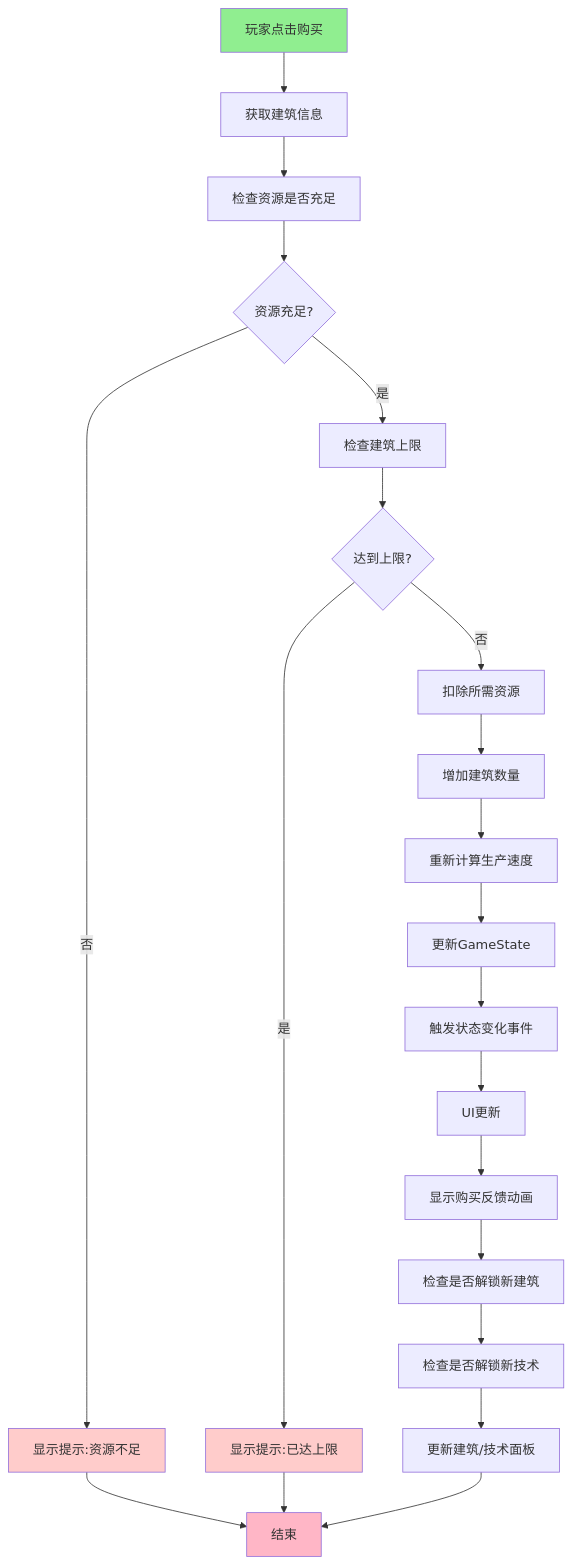
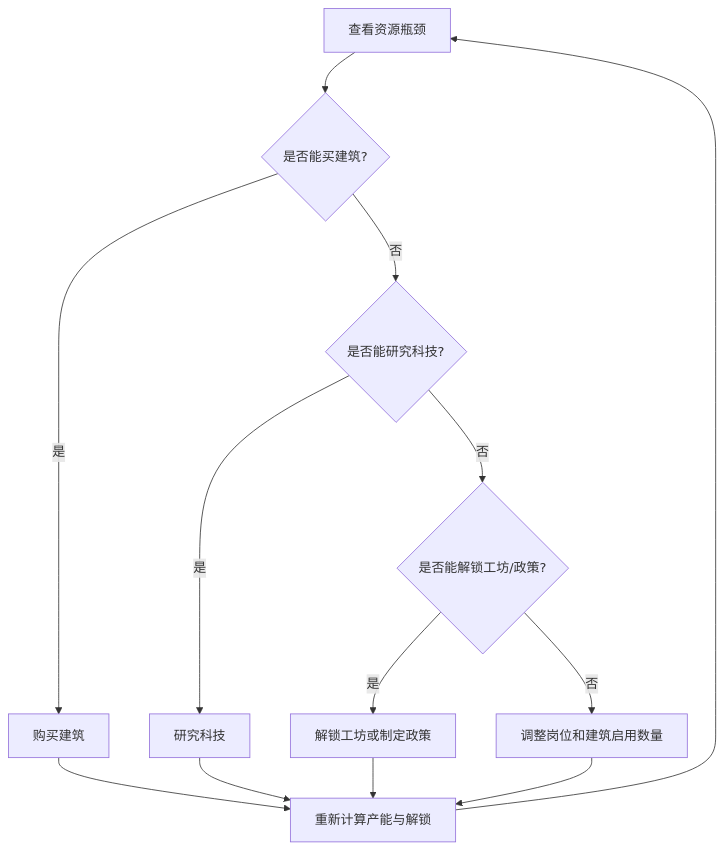
Diagram 12 of 13 in docs/02_系统建模报告.md (kaito387/puppies-game), drawn with Mermaid before and after one commit. The commit also changed other lines of this file and 7 other files, not shown here.

````diff
--- a/docs/02_系统建模报告.md
+++ b/docs/02_系统建模报告.md
@@ -437,33 +341,15 @@
 ```mermaid
-graph TD
-    A["玩家点击购买"] --> B["获取建筑信息"]
-    B --> C["检查资源是否充足"]
-
-    C --> D{"资源充足?"}
-    D -->|否| E["显示提示:资源不足"]
-    D -->|是| F["检查建筑上限"]
-
-    E --> Z["结束"]
-
-    F --> G{"达到上限?"}
-    G -->|是| H["显示提示:已达上限"]
-    G -->|否| I["扣除所需资源"]
-
-    H --> Z
-
-    I --> J["增加建筑数量"]
-    J --> K["重新计算生产速度"]
-    K --> L["更新GameState"]
-    L --> M["触发状态变化事件"]
-    M --> N["UI更新"]
-    N --> O["显示购买反馈动画"]
-    O --> P["检查是否解锁新建筑"]
-    P --> Q["检查是否解锁新技术"]
-    Q --> R["更新建筑/技术面板"]
-    R --> Z
-
-    style A fill:#90ee90
-    style Z fill:#ffb6c6
-    style E fill:#ffcccb
-    style H fill:#ffcccb
+flowchart TD
+  A["查看资源瓶颈"] --> B{"是否能买建筑?"}
+  B -->|是| C["购买建筑"]
+  B -->|否| D{"是否能研究科技?"}
+  D -->|是| E["研究科技"]
+  D -->|否| F{"是否能解锁工坊/政策?"}
+  F -->|是| G["解锁工坊或制定政策"]
+  F -->|否| H["调整岗位和建筑启用数量"]
+  C --> I["重新计算产能与解锁"]
+  E --> I
+  G --> I
+  H --> I
+  I --> A
 ```
````
